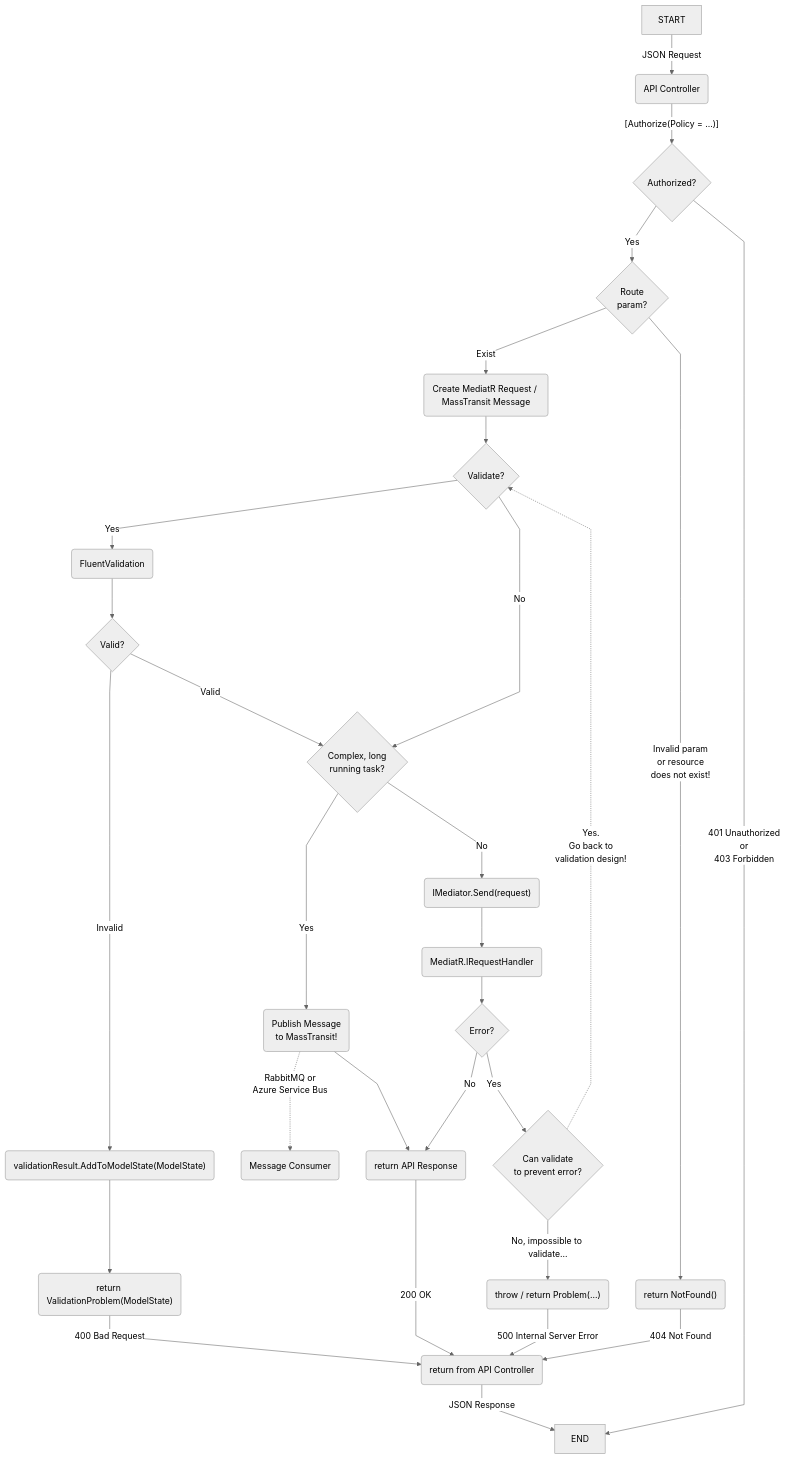
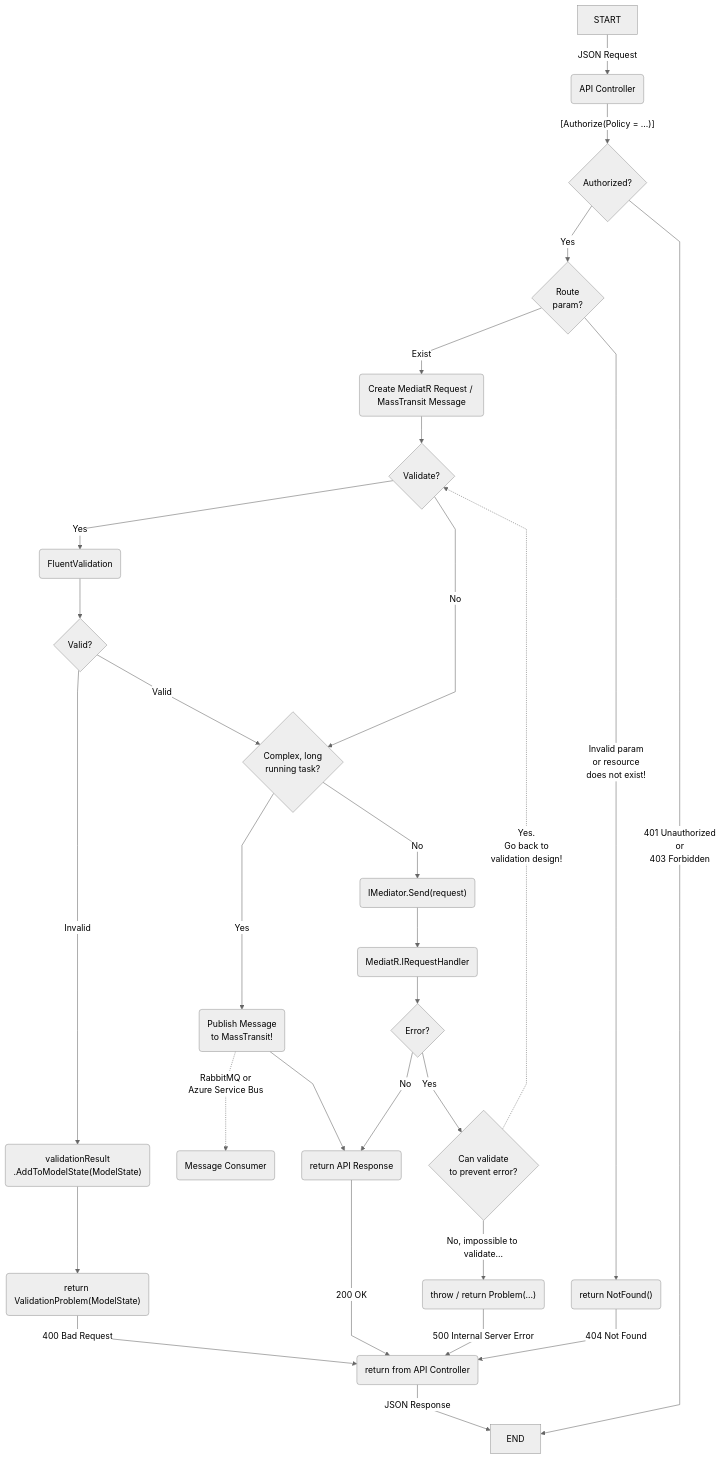
Before and after one commit to accelist/Accelist.WebApiStandard: the diagram in README.md, drawn with Mermaid (neutral theme).

Commit message:
Add line break in validation result diagram

````diff
--- a/README.md
+++ b/README.md
@@ -80,32 +80,32 @@
 ```mermaid
 %%{init: {'flowchart' : {'curve' : 'linear'}}}%%
 graph TD
     START --> |JSON Request| A(API Controller)
     A --> |"[Authorize(Policy = ...)]"|AUTH{Authorized?}
     AUTH --> |Yes| R{Route<br/>param?}
     AUTH --> |401 Unauthorized<br/>or<br/>403 Forbidden| END
     R --> |Exist| B(Create MediatR Request / MassTransit Message)
     R --> |Invalid param<br/>or resource<br/>does not exist!| R404("return NotFound()")
     R404 --> |404 Not Found| BACK
     B --> C{Validate?}
     C --> |Yes| D1(FluentValidation)
     C --> |No| F2
     D1 --> E{Valid?}
-    E --> |Invalid| F400("validationResult.AddToModelState(ModelState)")
+    E --> |Invalid| F400("validationResult<br/>.AddToModelState(ModelState)")
     E --> |Valid| F2
     F400 --> G400("return ValidationProblem(ModelState)")
     G400 --> |400 Bad Request| BACK
     F2{Complex, long<br/>running task?} --> |Yes| KBUS("Publish Message<br/>to MassTransit!")
     F2 --> |No| G
     G("IMediator.Send(request)") --> GX(MediatR.IRequestHandler)
     GX --> Catch{Error?}
     Catch --> |No| L200
     Catch --> |Yes| H500{Can validate<br/>to prevent error?}
     KBUS -.RabbitMQ or<br/>Azure Service Bus.-> MBUS(Message Consumer)
     KBUS --> L200
     L200("return API Response") --> |200 OK|BACK
     H500 -."Yes.<br/>Go back to<br/>validation design!".-> C
     H500 --> |No, impossible to validate...|I500("throw / return Problem(...)")
     I500 --> |500 Internal Server Error| BACK
     BACK(return from API Controller) --> |JSON Response| END
 ```
````
